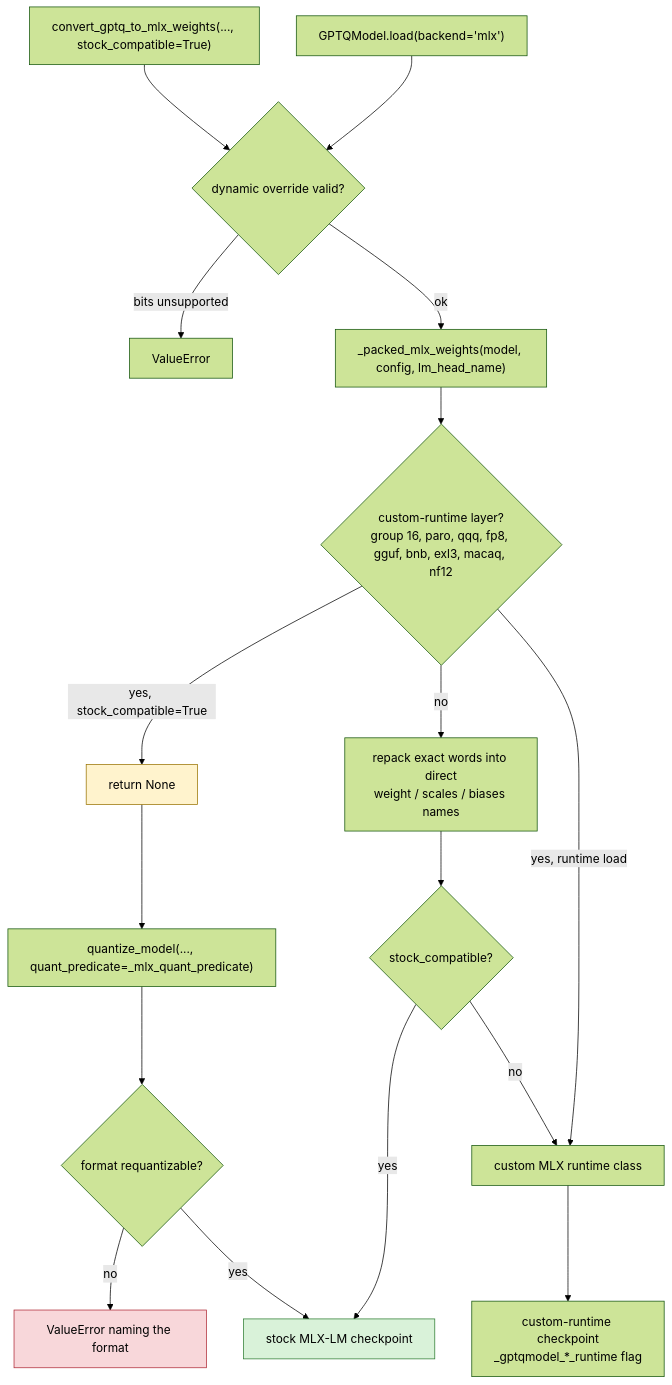
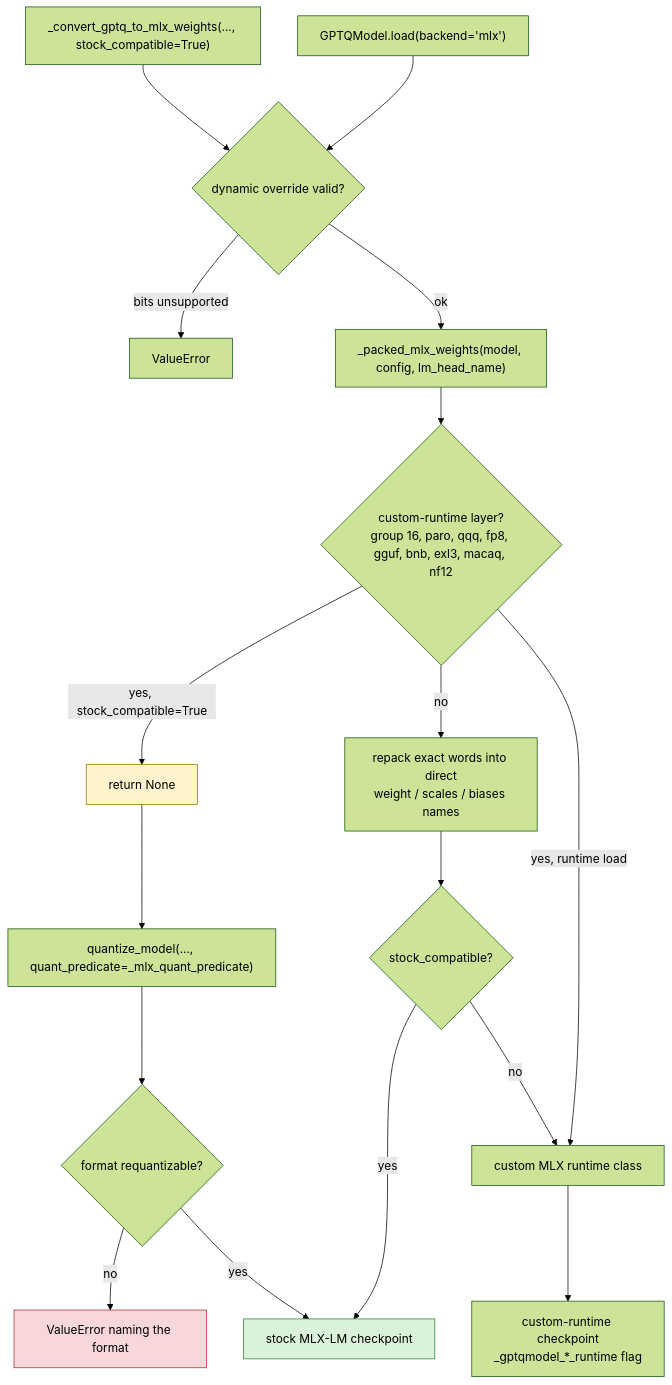
Before and after one commit to ModelCloud/GPTQModel: the second of 2 diagrams in docs/mlx-runtime.md, drawn with Mermaid (forest theme). The commit also changed other lines of this file and 9 other files, not shown here.

````diff
--- a/docs/mlx-runtime.md
+++ b/docs/mlx-runtime.md
@@ -79,22 +86,22 @@
 ```mermaid
 flowchart TD
-    A["convert_gptq_to_mlx_weights(..., stock_compatible=True)"] --> C{"dynamic override valid?"}
+    A["_convert_gptq_to_mlx_weights(..., stock_compatible=True)"] --> C{"dynamic override valid?"}
     R["GPTQModel.load(backend='mlx')"] --> C
     C -- "bits unsupported" --> D["ValueError"]
     C -- ok --> E["_packed_mlx_weights(model, config, lm_head_name)"]
     E --> F{"custom-runtime layer?<br/>group 16, paro, qqq, fp8, gguf, bnb, exl3, macaq, nf12"}
     F -- "yes, stock_compatible=True" --> G["return None"]
     F -- "no" --> H["repack exact words into direct<br/>weight / scales / biases names"]
     F -- "yes, runtime load" --> I["custom MLX runtime class"]
     G --> J["quantize_model(..., quant_predicate=_mlx_quant_predicate)"]
     J --> K{"format requantizable?"}
     K -- no --> L["ValueError naming the format"]
     K -- yes --> M["stock MLX-LM checkpoint"]
     H --> N{"stock_compatible?"}
     N -- yes --> M
     N -- no --> I
     I --> O["custom-runtime checkpoint<br/>_gptqmodel_*_runtime flag"]
     style G fill:#fff3cd,stroke:#997404
     style L fill:#f8d7da,stroke:#b02a37
     style M fill:#d9f2d9,stroke:#2e7d32
 ```
````
